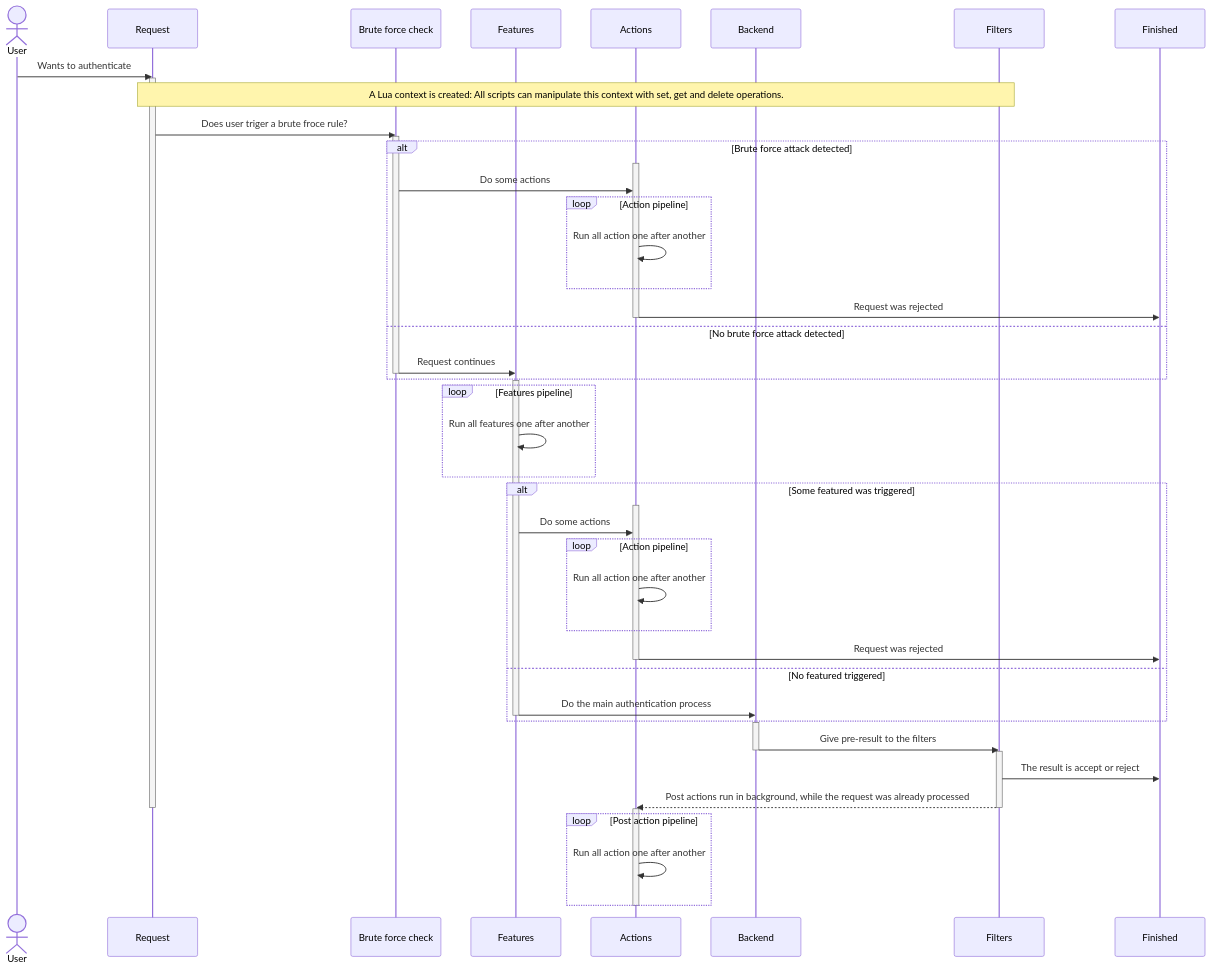
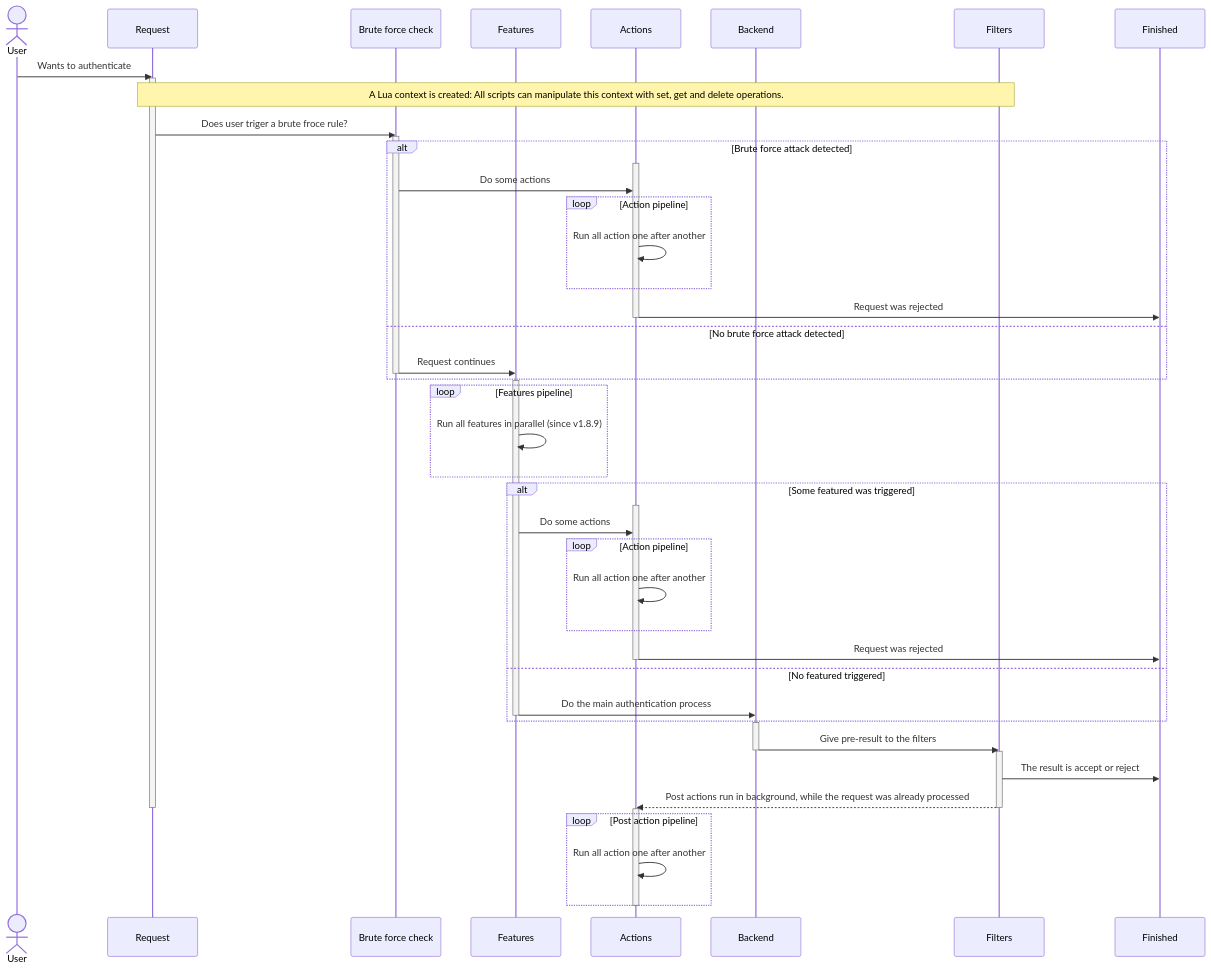
Before and after one commit to croessner/nauthilus-website: the diagram in docs/lua-api/introduction.md, drawn with Mermaid. The commit also changed other lines of this file and 2 other files, not shown here.

First line of the commit message:
Docs: Update Lua API for parallel execution in v1.8.9

````diff
--- a/docs/lua-api/introduction.md
+++ b/docs/lua-api/introduction.md
@@ -26,57 +26,57 @@
 ```mermaid
 sequenceDiagram
     actor User
     participant Request
     participant Brute force check
     participant Features
     participant Actions
     participant Backend
     participant Filters
     participant Finished
     User->>Request: Wants to authenticate
     activate Request
     Note over Request,Filters:A Lua context is created: All scripts can manipulate this context with set, get and delete operations.  
     Request->>Brute force check:Does user triger a brute froce rule?
     activate Brute force check
     alt Brute force attack detected
     activate Actions
     Brute force check->>Actions:Do some actions
     loop Action pipeline
     Actions->>Actions: Run all action one after another
     end
     Actions->>Finished:Request was rejected
     deactivate Actions
     else No brute force attack detected
     Brute force check->>Features:Request continues
     deactivate Brute force check
     end
     activate Features
     loop Features pipeline
-    Features->>Features:Run all features one after another
+    Features->>Features:Run all features in parallel (since v1.8.9)
     end
     alt Some featured was triggered
     activate Actions
     Features->>Actions:Do some actions
     loop Action pipeline
       Actions->>Actions:Run all action one after another
     end
     Actions->>Finished:Request was rejected
     deactivate Actions
     else No featured triggered
     Features->>Backend:Do the main authentication process
     deactivate Features
     end
     activate Backend
     Backend->>Filters:Give pre-result to the filters
     deactivate Backend
     activate Filters
     Filters->>Finished:The result is accept or reject 
     Filters-->>Actions:Post actions run in background, while the request was already processed
     deactivate Filters
     deactivate Request
     activate Actions
     loop Post action pipeline
     Actions->>Actions:Run all action one after another
     end
     deactivate Actions
 ```
````
